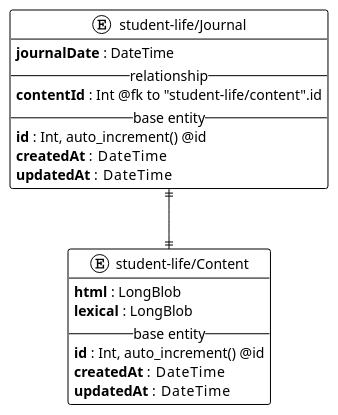
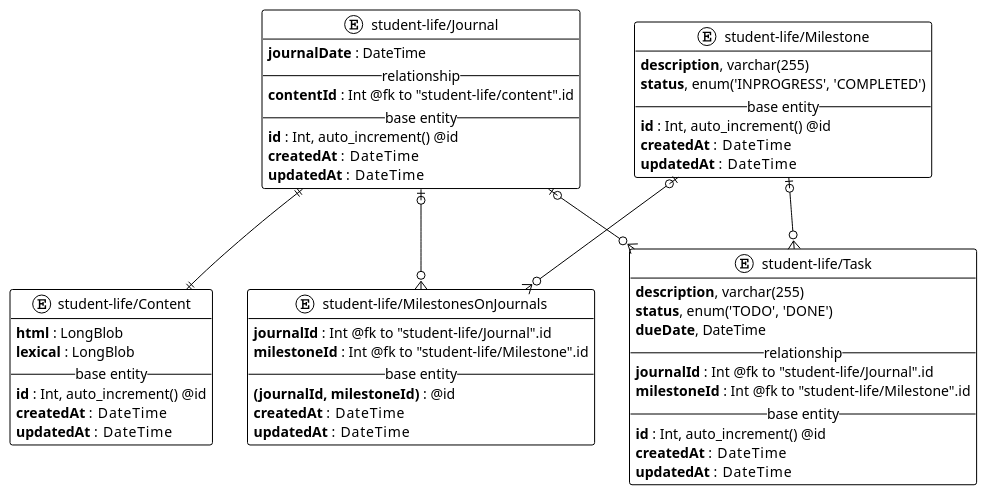
Before and after one commit to uol-student-life/student-life: the diagram in erd.iuml, drawn with PlantUML.

Commit message:
doc: erd for Task and Milestone

```diff
--- a/erd.iuml
+++ b/erd.iuml
@@ -1,25 +1,60 @@
 @startuml student-life
 !theme plain
 
 entity "student-life/Journal" {
   **journalDate** : DateTime
   -- relationship --
   **contentId** : Int @fk to "student-life/content".id
   -- base entity --
   **id** : Int, auto_increment() @id
   **createdAt** :   DateTime
   **updatedAt** :   DateTime
 }
 
 entity "student-life/Content" {
   **html** : LongBlob
   **lexical** : LongBlob
   -- base entity --
   **id** : Int, auto_increment() @id
   **createdAt** :   DateTime
   **updatedAt** :   DateTime
 }
 
+entity "student-life/Task" {
+  **description**, varchar(255)
+  **status**, enum('TODO', 'DONE')
+  **dueDate**, DateTime
+  -- relationship --
+  **journalId** : Int @fk to "student-life/Journal".id
+  **milestoneId** : Int @fk to "student-life/Milestone".id
+  -- base entity --
+  **id** : Int, auto_increment() @id
+  **createdAt** :   DateTime
+  **updatedAt** :   DateTime
+}
+
+entity "student-life/Milestone" {
+  **description**, varchar(255)
+  **status**, enum('INPROGRESS', 'COMPLETED')
+  -- base entity --
+  **id** : Int, auto_increment() @id
+  **createdAt** :   DateTime
+  **updatedAt** :   DateTime
+}
+
+entity "student-life/MilestonesOnJournals" {
+  **journalId** : Int @fk to "student-life/Journal".id
+  **milestoneId** : Int @fk to "student-life/Milestone".id
+  -- base entity --
+  **(journalId, milestoneId)** : @id
+  **createdAt** :   DateTime
+  **updatedAt** :   DateTime
+}
+
 "student-life/Journal" ||--|| "student-life/Content"
+"student-life/Journal" |o--o{ "student-life/Task"
+"student-life/Milestone" |o--o{ "student-life/Task"
+"student-life/Journal" |o--o{ "student-life/MilestonesOnJournals"
+"student-life/Milestone" |o--o{ "student-life/MilestonesOnJournals"
 
 @enduml
```
